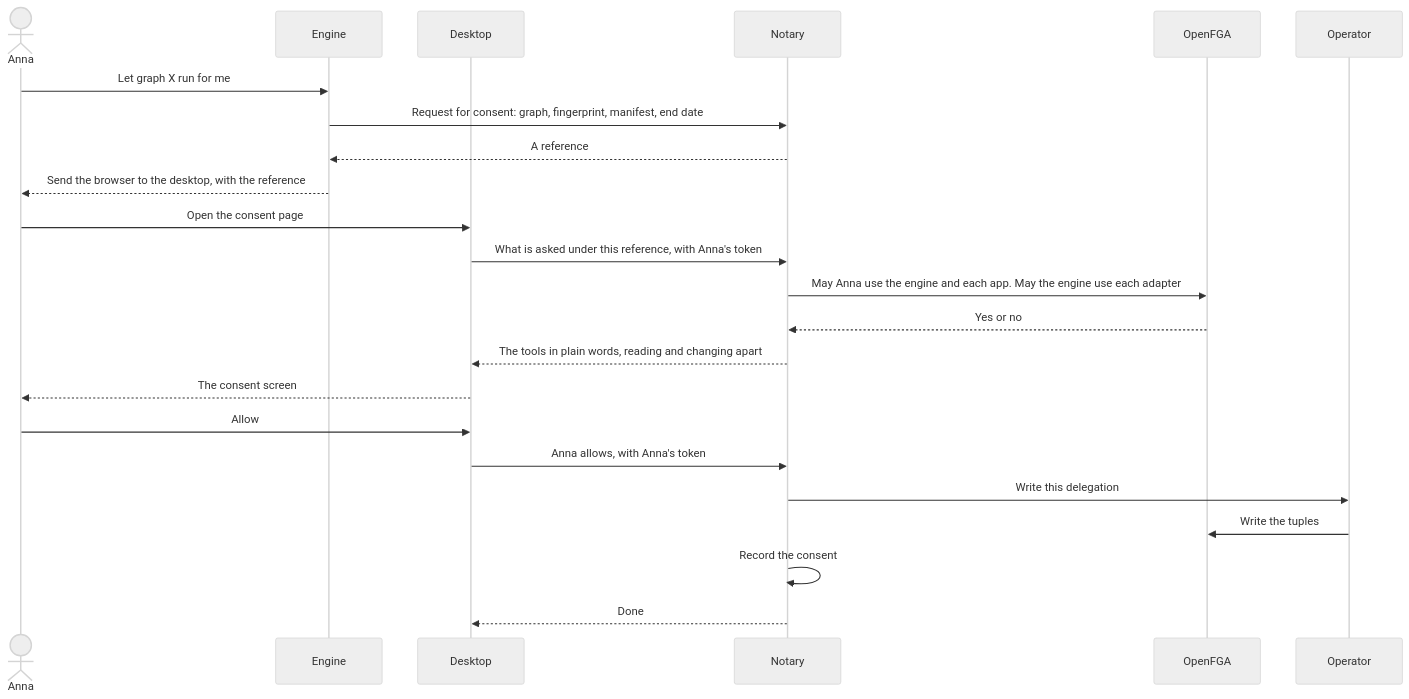
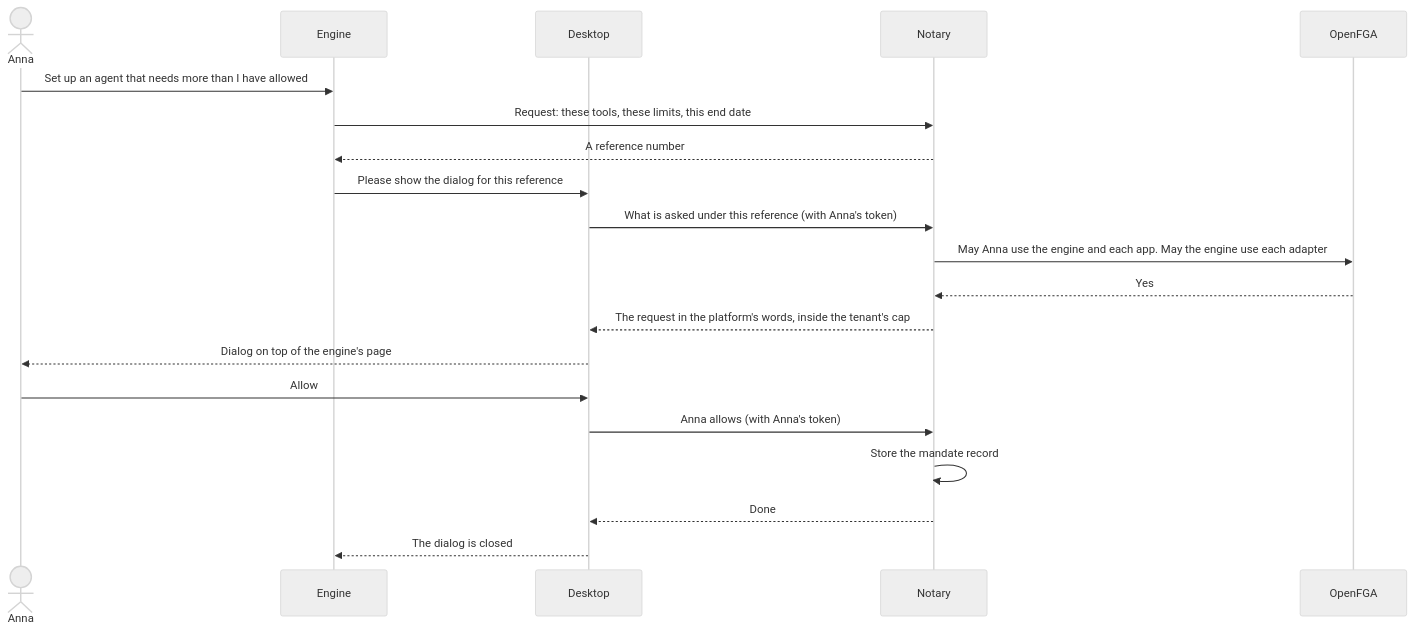
Before and after one commit to gentian-org/gentian-os: the second of 6 diagrams in docs/plans/agents.md, drawn with Mermaid (neutral theme). The commit also changed other lines of this file and 1 other file, not shown here.

````diff
--- a/docs/plans/agents.md
+++ b/docs/plans/agents.md
@@ -1051,26 +174,23 @@
 ```mermaid
 sequenceDiagram
   actor A as Anna
   participant E as Engine
   participant D as Desktop
   participant N as Notary
   participant F as OpenFGA
-  participant O as Operator
 
-  A->>E: Let graph X run for me
-  E->>N: Request for consent: graph, fingerprint, manifest, end date
-  N-->>E: A reference
-  E-->>A: Send the browser to the desktop, with the reference
-  A->>D: Open the consent page
-  D->>N: What is asked under this reference, with Anna's token
+  A->>E: Set up an agent that needs more than I have allowed
+  E->>N: Request: these tools, these limits, this end date
+  N-->>E: A reference number
+  E->>D: Please show the dialog for this reference
+  D->>N: What is asked under this reference (with Anna's token)
   N->>F: May Anna use the engine and each app. May the engine use each adapter
-  F-->>N: Yes or no
-  N-->>D: The tools in plain words, reading and changing apart
-  D-->>A: The consent screen
+  F-->>N: Yes
+  N-->>D: The request in the platform's words, inside the tenant's cap
+  D-->>A: Dialog on top of the engine's page
   A->>D: Allow
-  D->>N: Anna allows, with Anna's token
-  N->>O: Write this delegation
-  O->>F: Write the tuples
-  N->>N: Record the consent
+  D->>N: Anna allows (with Anna's token)
+  N->>N: Store the mandate record
   N-->>D: Done
+  D-->>E: The dialog is closed
 ```
````
